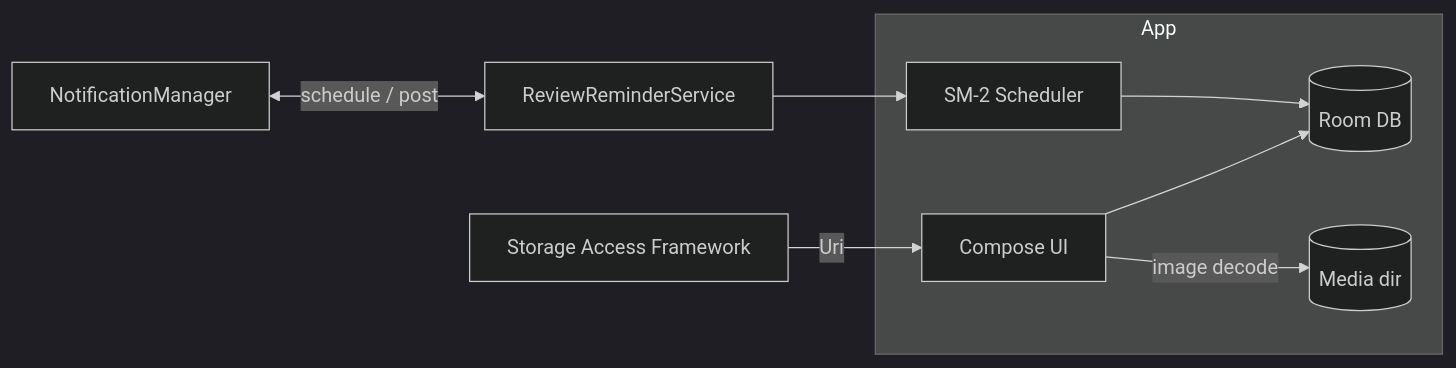
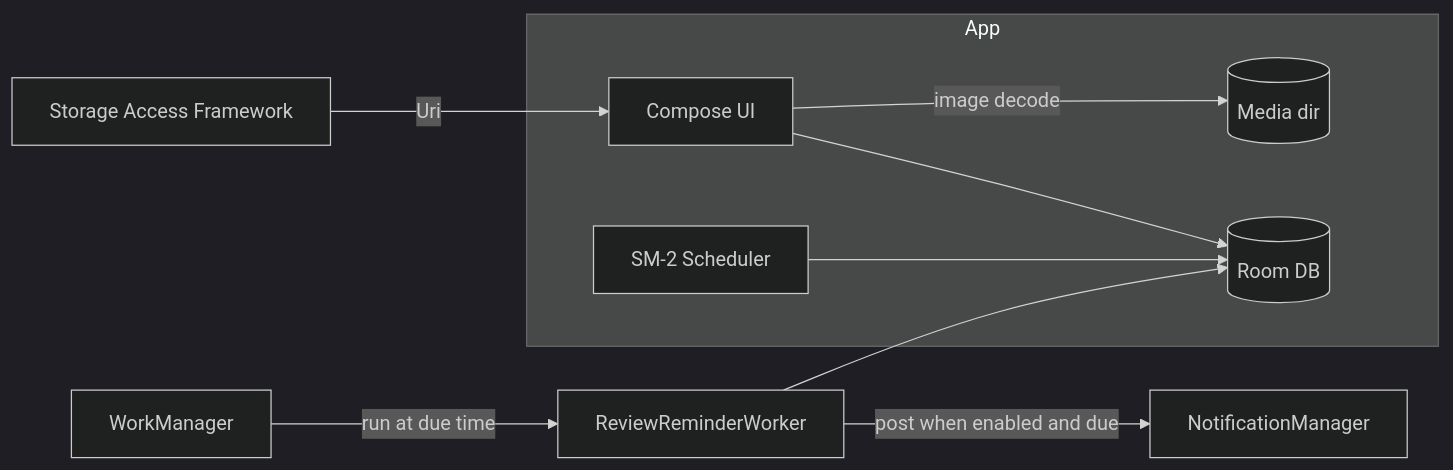
Before and after one commit to patbaumgartner/spaced-repeater-android: the second of 2 diagrams in docs/arc42/03-system-scope-and-context.md, drawn with Mermaid (dark theme). The commit also changed other lines of this file and 43 other files, not shown here.

````diff
--- a/docs/arc42/03-system-scope-and-context.md
+++ b/docs/arc42/03-system-scope-and-context.md
@@ -28,15 +28,16 @@
 ```mermaid
 flowchart LR
     subgraph App
         UI[Compose UI]
         Room[(Room DB)]
         Media[(Media dir)]
         Sched[SM-2 Scheduler]
     end
     SAF[Storage Access Framework] -->|Uri| UI
     Sched --> Room
     UI --> Room
     UI -->|image decode| Media
-    NC[NotificationManager] <-->|schedule / post| Rem[ReviewReminderService]
-    Rem --> Sched
+    WM[WorkManager] -->|run at due time| Rem[ReviewReminderWorker]
+    Rem -->|post when enabled and due| NC[NotificationManager]
+    Rem --> Room
 ```
````
